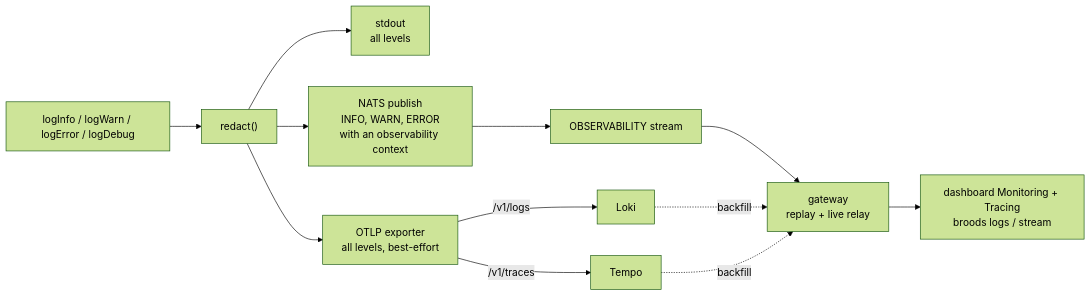
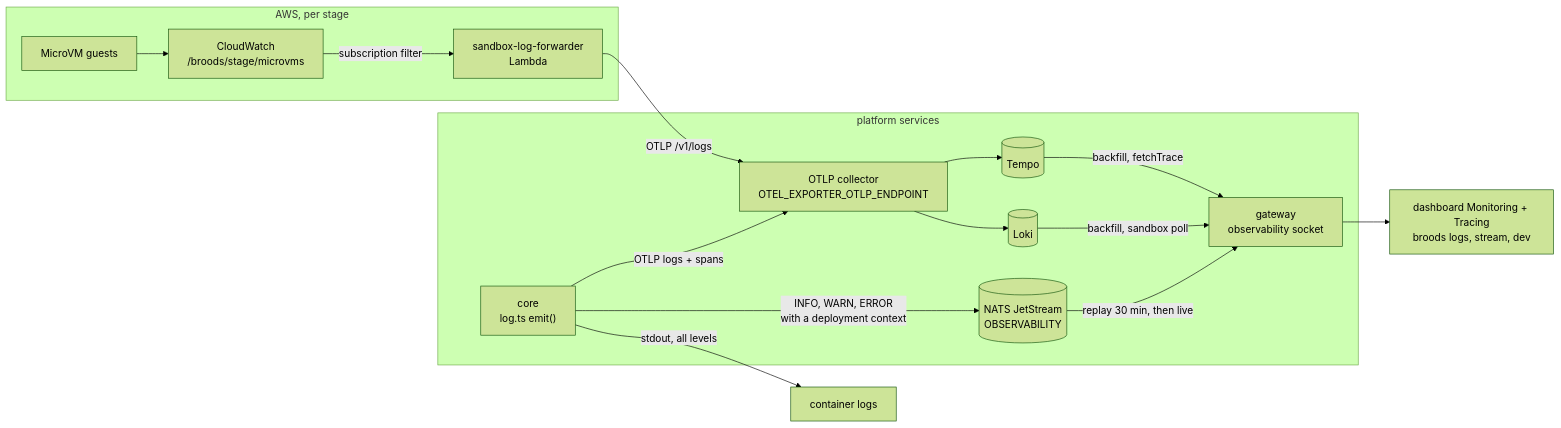
Before and after one commit to beeblastco/broods: the first of 5 diagrams in apps/docs/docs/internals/observability.md, drawn with Mermaid (forest theme). The commit also changed other lines of this file and 13 other files, not shown here.

First line of the commit message:
docs(internals): diagram-first rewrite of the remaining internals pages

````diff
--- a/apps/docs/docs/internals/observability.md
+++ b/apps/docs/docs/internals/observability.md
@@ -9,14 +7,25 @@
 ```mermaid
 flowchart LR
-  Call["logInfo / logWarn / logError / logDebug"] --> Redact["redact()"]
-  Redact --> Stdout["stdout<br/>all levels"]
-  Redact --> Otlp["OTLP exporter<br/>all levels, best-effort"]
-  Redact --> Nats["NATS publish<br/>INFO, WARN, ERROR<br/>with an observability context"]
-  Otlp -->|"/v1/logs"| Loki
-  Otlp -->|"/v1/traces"| Tempo
-  Nats --> Stream["OBSERVABILITY stream"]
-  Stream --> Gateway["gateway<br/>replay + live relay"]
-  Gateway --> Dash["dashboard Monitoring + Tracing<br/>broods logs / stream"]
-  Loki -.->|"backfill"| Gateway
-  Tempo -.->|"backfill"| Gateway
+  subgraph Platform["platform services"]
+    Core["core<br/>log.ts emit()"]
+    NATS[("NATS JetStream<br/>OBSERVABILITY")]
+    Coll["OTLP collector<br/>OTEL_EXPORTER_OTLP_ENDPOINT"]
+    Loki[("Loki")]
+    Tempo[("Tempo")]
+    GW["gateway<br/>observability socket"]
+  end
+  subgraph AWS["AWS, per stage"]
+    VM["MicroVM guests"] --> CW["CloudWatch<br/>/broods/stage/microvms"]
+    CW -->|"subscription filter"| Fwd["sandbox-log-forwarder<br/>Lambda"]
+  end
+  Core -->|"stdout, all levels"| Std["container logs"]
+  Core -->|"OTLP logs + spans"| Coll
+  Core -->|"INFO, WARN, ERROR<br/>with a deployment context"| NATS
+  Fwd -->|"OTLP /v1/logs"| Coll
+  Coll --> Loki
+  Coll --> Tempo
+  NATS -->|"replay 30 min, then live"| GW
+  Loki -->|"backfill, sandbox poll"| GW
+  Tempo -->|"backfill, fetchTrace"| GW
+  GW --> Clients["dashboard Monitoring + Tracing<br/>broods logs, stream, dev"]
 ```
````
